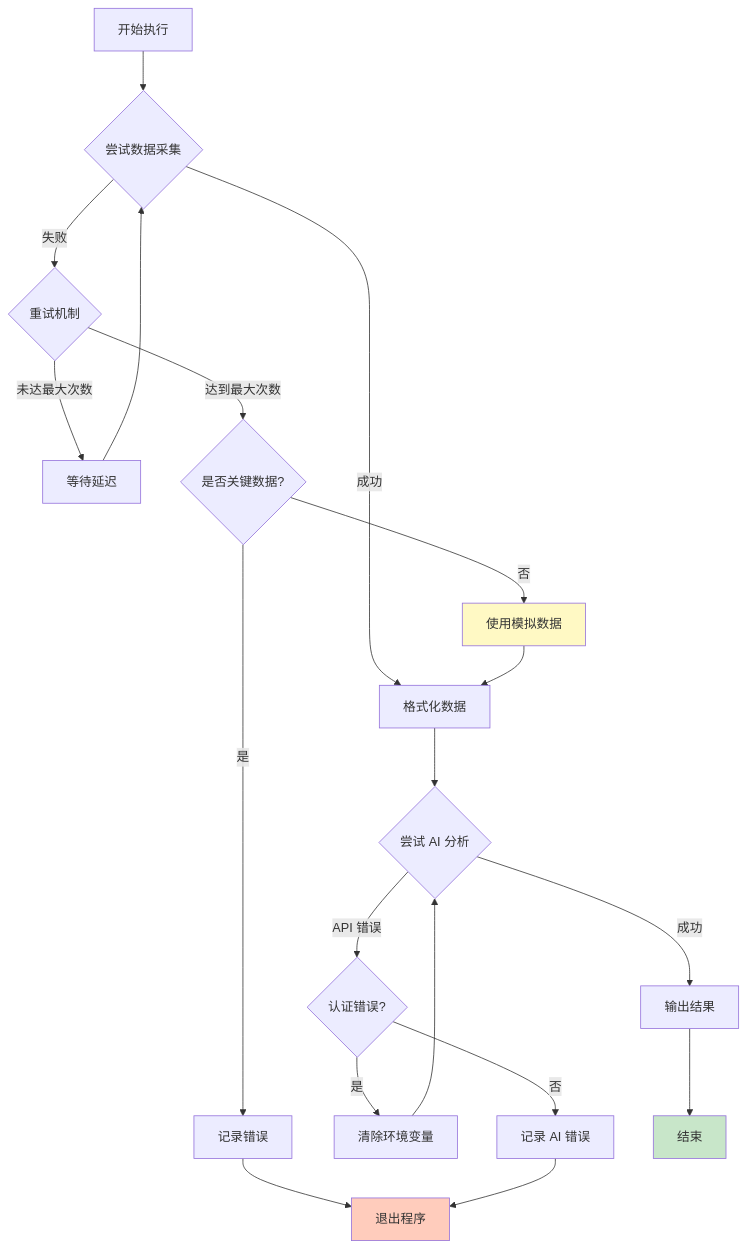
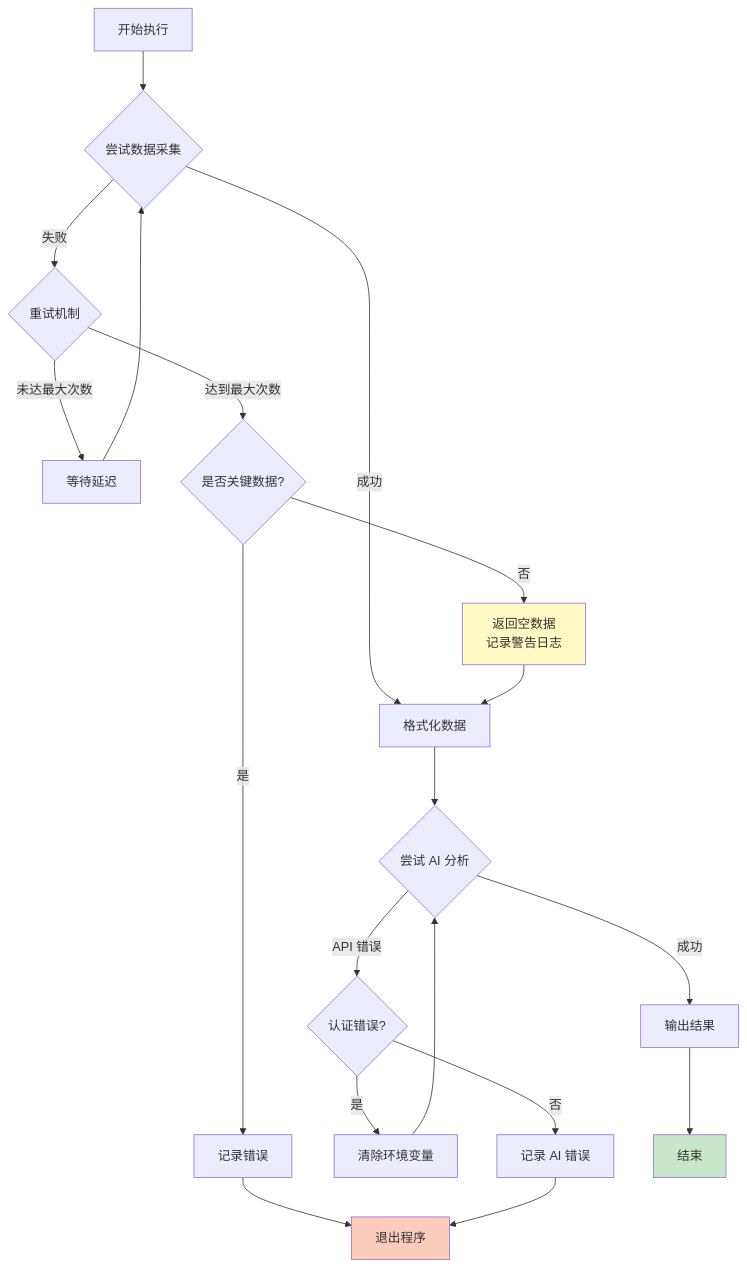
One commit to tangdafu/TRADEAGENT changed the ninth of 9 diagrams in FLOWCHART.md. Above: the diagram before and after it, drawn with Mermaid. The commit also changed other lines of this file and 12 other files, not shown here.

````diff
--- a/FLOWCHART.md
+++ b/FLOWCHART.md
@@ -241,30 +328,30 @@
 ```mermaid
 graph TD
     Start[开始执行] --> TryCollect{尝试数据采集}
     TryCollect -->|成功| FormatData[格式化数据]
     TryCollect -->|失败| RetryLogic{重试机制}
 
     RetryLogic -->|未达最大次数| Wait[等待延迟]
     Wait --> TryCollect
     RetryLogic -->|达到最大次数| CheckCritical{是否关键数据?}
 
     CheckCritical -->|是| LogError[记录错误]
-    CheckCritical -->|否| UseMock[使用模拟数据]
+    CheckCritical -->|否| UseEmpty[返回空数据<br/>记录警告日志]
     LogError --> Exit[退出程序]
-    UseMock --> FormatData
+    UseEmpty --> FormatData
 
     FormatData --> TryAI{尝试 AI 分析}
     TryAI -->|成功| Output[输出结果]
     TryAI -->|API 错误| CheckAuth{认证错误?}
 
     CheckAuth -->|是| ClearEnv[清除环境变量]
     CheckAuth -->|否| LogAIError[记录 AI 错误]
     ClearEnv --> TryAI
     LogAIError --> Exit
 
     Output --> End[结束]
 
     style Exit fill:#ffccbc
     style End fill:#c8e6c9
-    style UseMock fill:#fff9c4
+    style UseEmpty fill:#fff9c4
 ```
````
